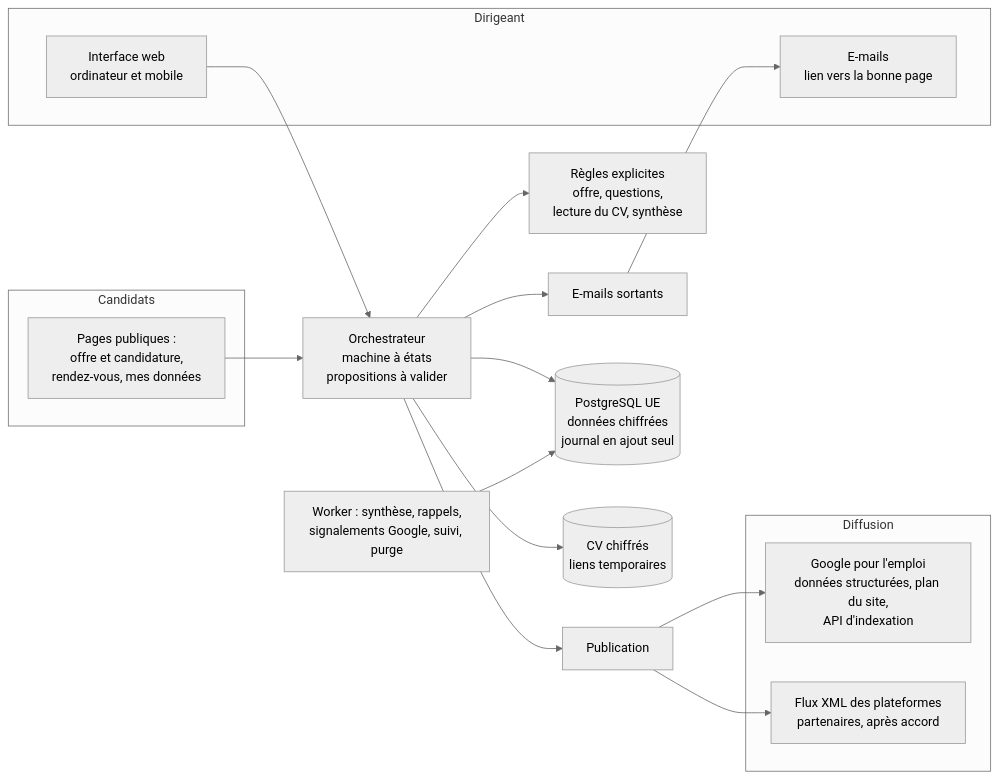
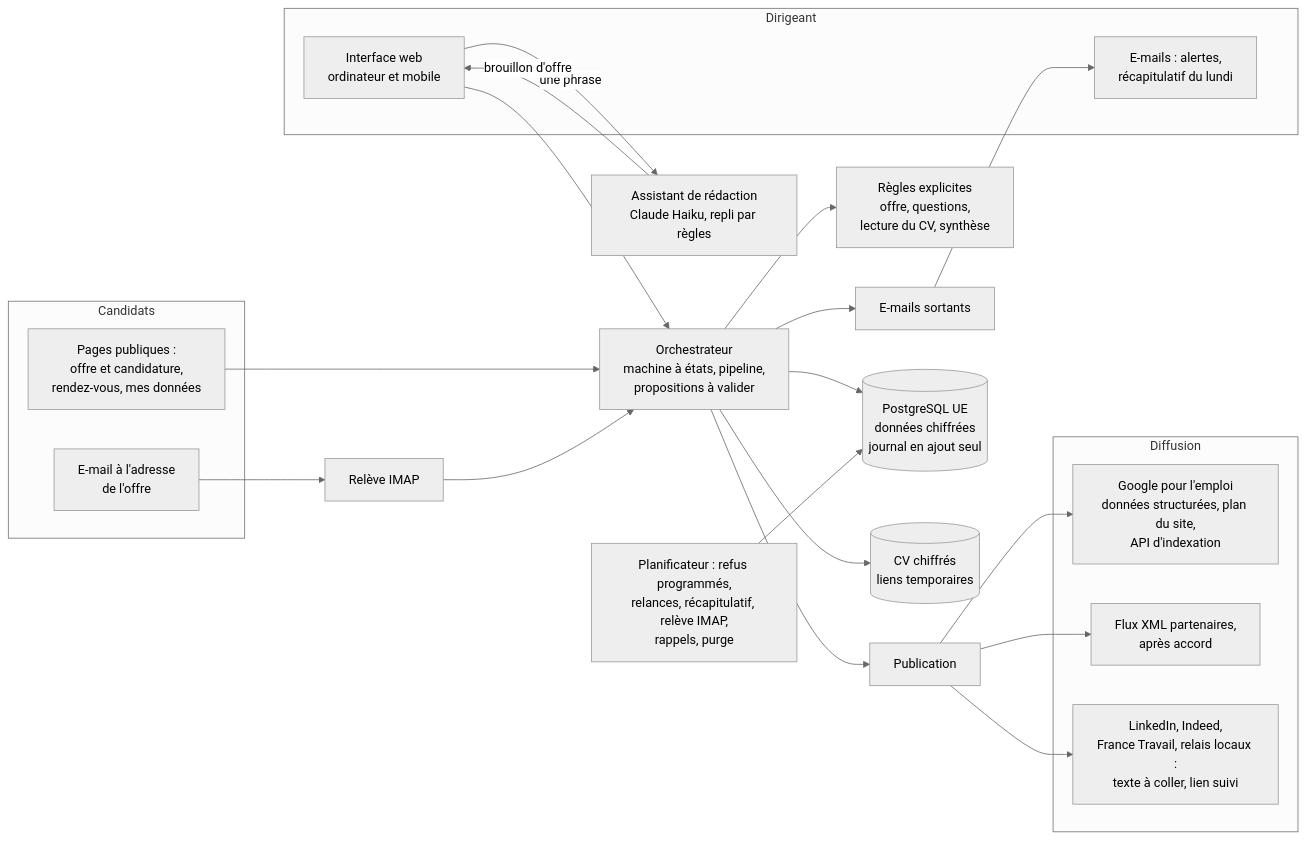
The first of 2 diagrams in docs/architecture.md (Narikles/wayloop), drawn with Mermaid (neutral theme) before and after one commit. The commit also changed other lines of this file and 4 other files, not shown here.

````diff
--- a/docs/architecture.md
+++ b/docs/architecture.md
@@ -5,25 +5,31 @@
 ```mermaid
 flowchart LR
   subgraph Dirigeant
     W[Interface web<br/>ordinateur et mobile]
-    E[E-mails<br/>lien vers la bonne page]
+    E[E-mails : alertes,<br/>récapitulatif du lundi]
   end
   subgraph Candidats
     P[Pages publiques :<br/>offre et candidature,<br/>rendez-vous, mes données]
+    IN[E-mail à l'adresse<br/>de l'offre]
   end
   subgraph Diffusion
     G[Google pour l'emploi<br/>données structurées, plan du site,<br/>API d'indexation]
-    X[Flux XML des plateformes<br/>partenaires, après accord]
+    X[Flux XML partenaires,<br/>après accord]
+    MAN[LinkedIn, Indeed,<br/>France Travail, relais locaux :<br/>texte à coller, lien suivi]
   end
-  W --> O[Orchestrateur<br/>machine à états<br/>propositions à valider]
+  W --> O[Orchestrateur<br/>machine à états, pipeline,<br/>propositions à valider]
+  W -- une phrase --> AI[Assistant de rédaction<br/>Claude Haiku, repli par règles]
+  AI -- brouillon d'offre --> W
   P --> O
+  IN --> IMAP[Relève IMAP] --> O
   O --> R[Règles explicites<br/>offre, questions,<br/>lecture du CV, synthèse]
   O --> M[E-mails sortants]
   M --> E
   O --> PUB[Publication]
   PUB --> G
   PUB --> X
+  PUB --> MAN
   O --> DB[(PostgreSQL UE<br/>données chiffrées<br/>journal en ajout seul)]
   O --> F[(CV chiffrés<br/>liens temporaires)]
-  WK[Worker : synthèse, rappels,<br/>signalements Google, suivi, purge] --> DB
+  S[Planificateur : refus programmés,<br/>relances, récapitulatif, relève IMAP,<br/>rappels, purge] --> DB
 ```
````
